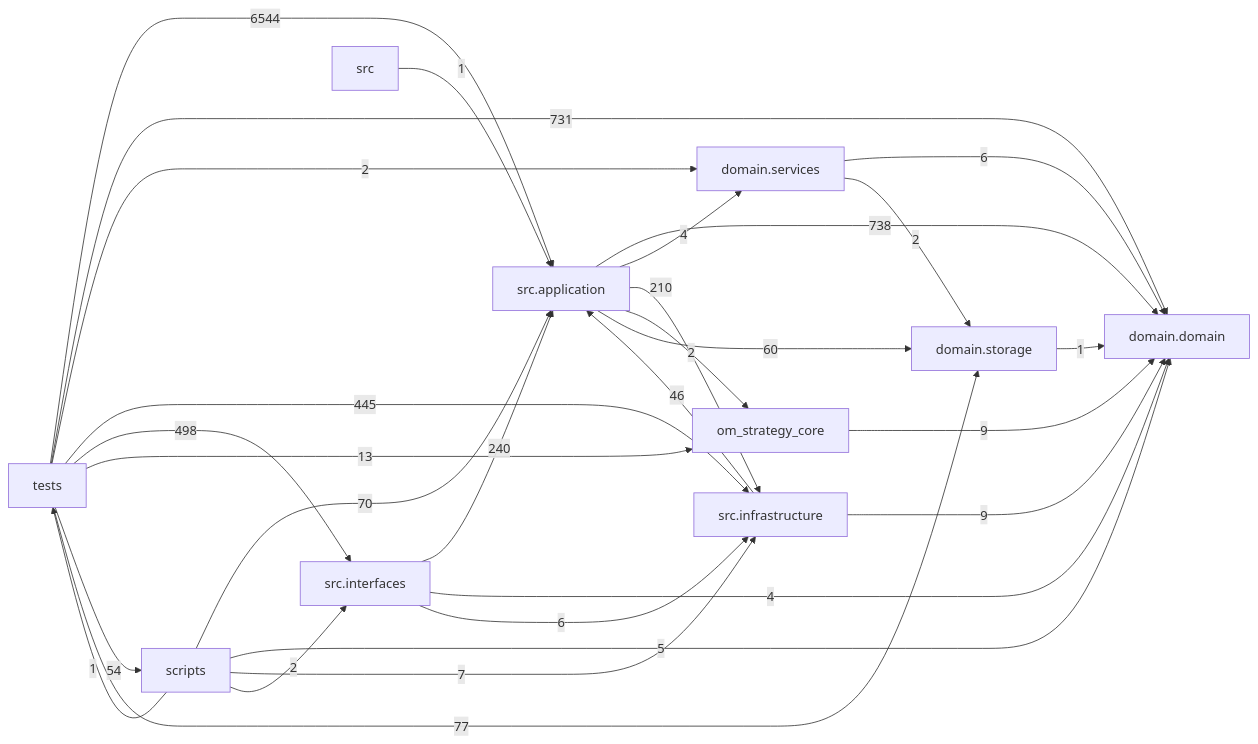
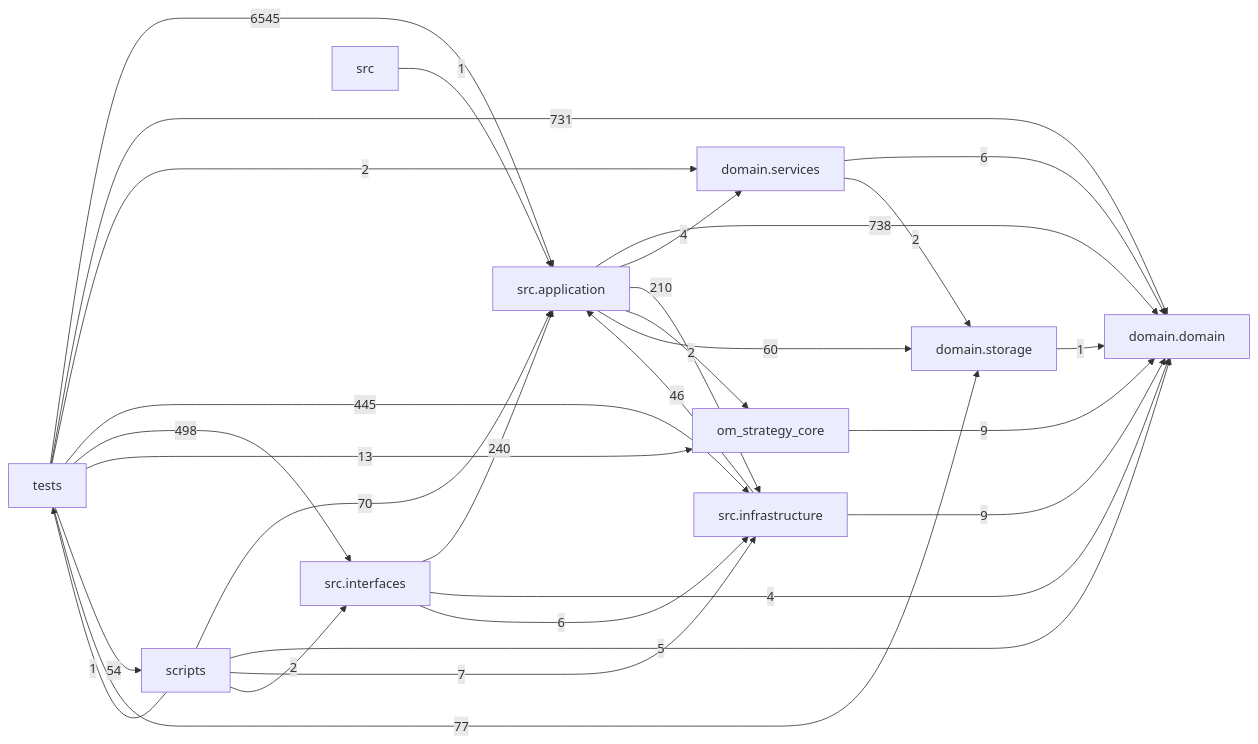
One commit to liuxie066/options-monitor changed the diagram in docs/DEPENDENCY_GRAPH.md. Above: the diagram before and after it, drawn with Mermaid. The commit also changed other lines of this file and 1 other file, not shown here.

````diff
--- a/docs/DEPENDENCY_GRAPH.md
+++ b/docs/DEPENDENCY_GRAPH.md
@@ -24,39 +24,39 @@
 ```mermaid
 flowchart LR
   tests["tests"]
   scripts["scripts"]
   interfaces["src.interfaces"]
   application["src.application"]
   infrastructure["src.infrastructure"]
   domain_services["domain.services"]
   domain["domain.domain"]
   storage["domain.storage"]
   application -->|738| domain
   application -->|4| domain_services
   application -->|210| infrastructure
   application -->|2| om_strategy_core
   application -->|60| storage
   domain_services -->|6| domain
   domain_services -->|2| storage
   infrastructure -->|46| application
   infrastructure -->|9| domain
   interfaces -->|240| application
   interfaces -->|4| domain
   interfaces -->|6| infrastructure
   om_strategy_core -->|9| domain
   scripts -->|70| application
   scripts -->|5| domain
   scripts -->|7| infrastructure
   scripts -->|2| interfaces
   scripts -->|1| tests
   src -->|1| application
   storage -->|1| domain
-  tests -->|6544| application
+  tests -->|6545| application
   tests -->|731| domain
   tests -->|2| domain_services
   tests -->|445| infrastructure
   tests -->|498| interfaces
   tests -->|13| om_strategy_core
   tests -->|54| scripts
   tests -->|77| storage
 ```
````
